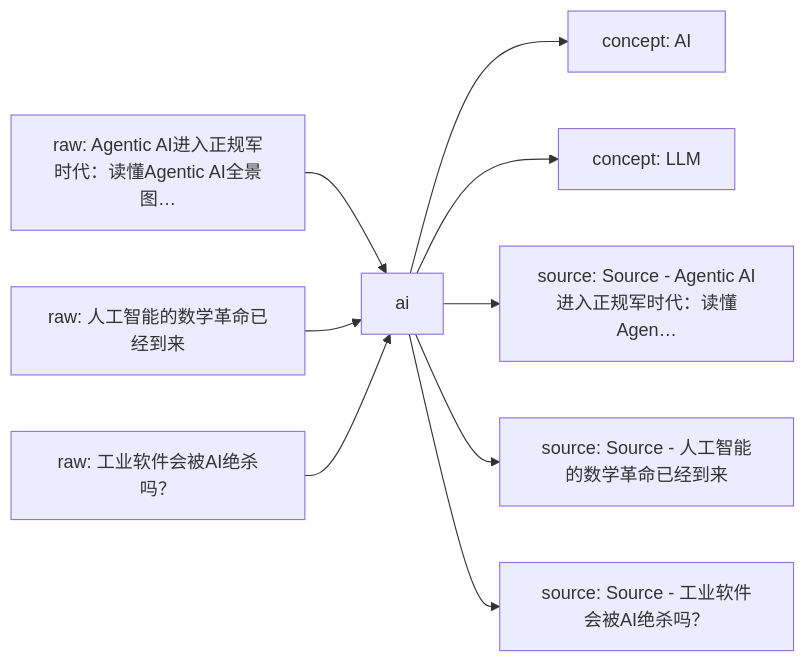
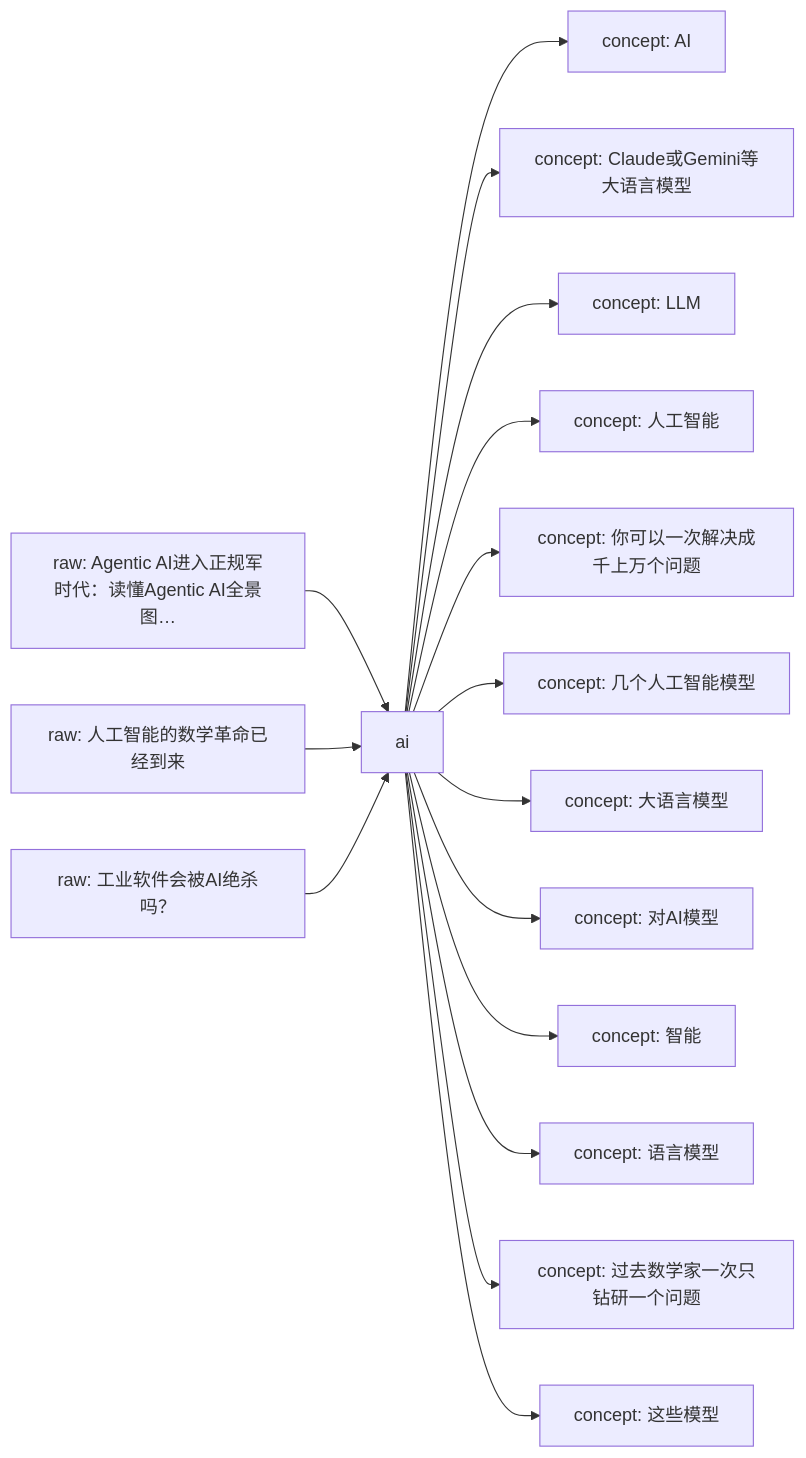
The first of 2 diagrams in LLM Wiki/wiki/domains/ai.md (mwbel/ResearchManjushri), drawn with Mermaid before and after one commit. The commit also changed other lines of this file and 25 other files, not shown here.

````diff
--- a/LLM Wiki/wiki/domains/ai.md
+++ b/LLM Wiki/wiki/domains/ai.md
@@ -32,12 +32,19 @@
 ```mermaid
 flowchart LR
     D["ai"]
     R1["raw: Agentic AI进入正规军时代：读懂Agentic AI全景图…"] --> D
     R2["raw: 人工智能的数学革命已经到来"] --> D
     R3["raw: 工业软件会被AI绝杀吗？"] --> D
     D --> W1["concept: AI"]
-    D --> W2["concept: LLM"]
-    D --> W3["source: Source - Agentic AI进入正规军时代：读懂Agen…"]
-    D --> W4["source: Source - 人工智能的数学革命已经到来"]
-    D --> W5["source: Source - 工业软件会被AI绝杀吗？"]
+    D --> W2["concept: Claude或Gemini等大语言模型"]
+    D --> W3["concept: LLM"]
+    D --> W4["concept: 人工智能"]
+    D --> W5["concept: 你可以一次解决成千上万个问题"]
+    D --> W6["concept: 几个人工智能模型"]
+    D --> W7["concept: 大语言模型"]
+    D --> W8["concept: 对AI模型"]
+    D --> W9["concept: 智能"]
+    D --> W10["concept: 语言模型"]
+    D --> W11["concept: 过去数学家一次只钻研一个问题"]
+    D --> W12["concept: 这些模型"]
 ```
````
